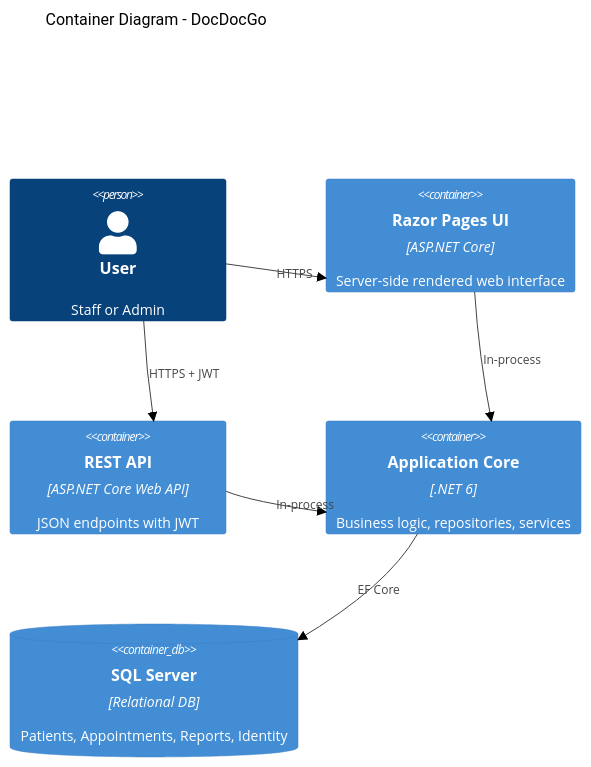
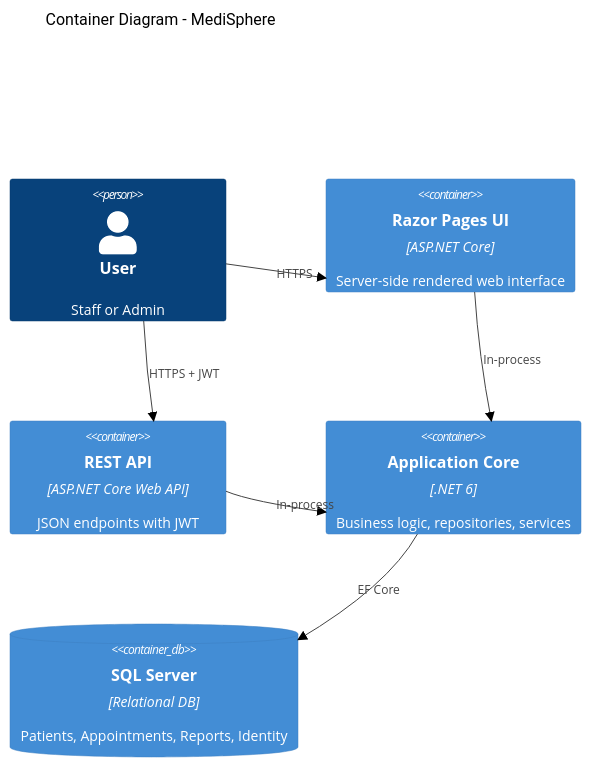
One commit to AManWhoCantCoding/Do_An_SA changed the second of 4 diagrams in docs/SA_REPORT.md. Above: the diagram before and after it, drawn with Mermaid (neutral theme). The commit also changed other lines of this file and 143 other files, not shown here.

````diff
--- a/docs/SA_REPORT.md
+++ b/docs/SA_REPORT.md
@@ -143,15 +143,15 @@
 ```mermaid
 C4Container
-    title Container Diagram - DocDocGo
+    title Container Diagram - MediSphere
     Person(user, "User", "Staff or Admin")
     Container(web, "Razor Pages UI", "ASP.NET Core", "Server-side rendered web interface")
     Container(api, "REST API", "ASP.NET Core Web API", "JSON endpoints with JWT")
     Container(app, "Application Core", ".NET 6", "Business logic, repositories, services")
     ContainerDb(db, "SQL Server", "Relational DB", "Patients, Appointments, Reports, Identity")
 
     Rel(user, web, "HTTPS")
     Rel(user, api, "HTTPS + JWT")
     Rel(web, app, "In-process")
     Rel(api, app, "In-process")
     Rel(app, db, "EF Core")
 ```
````
